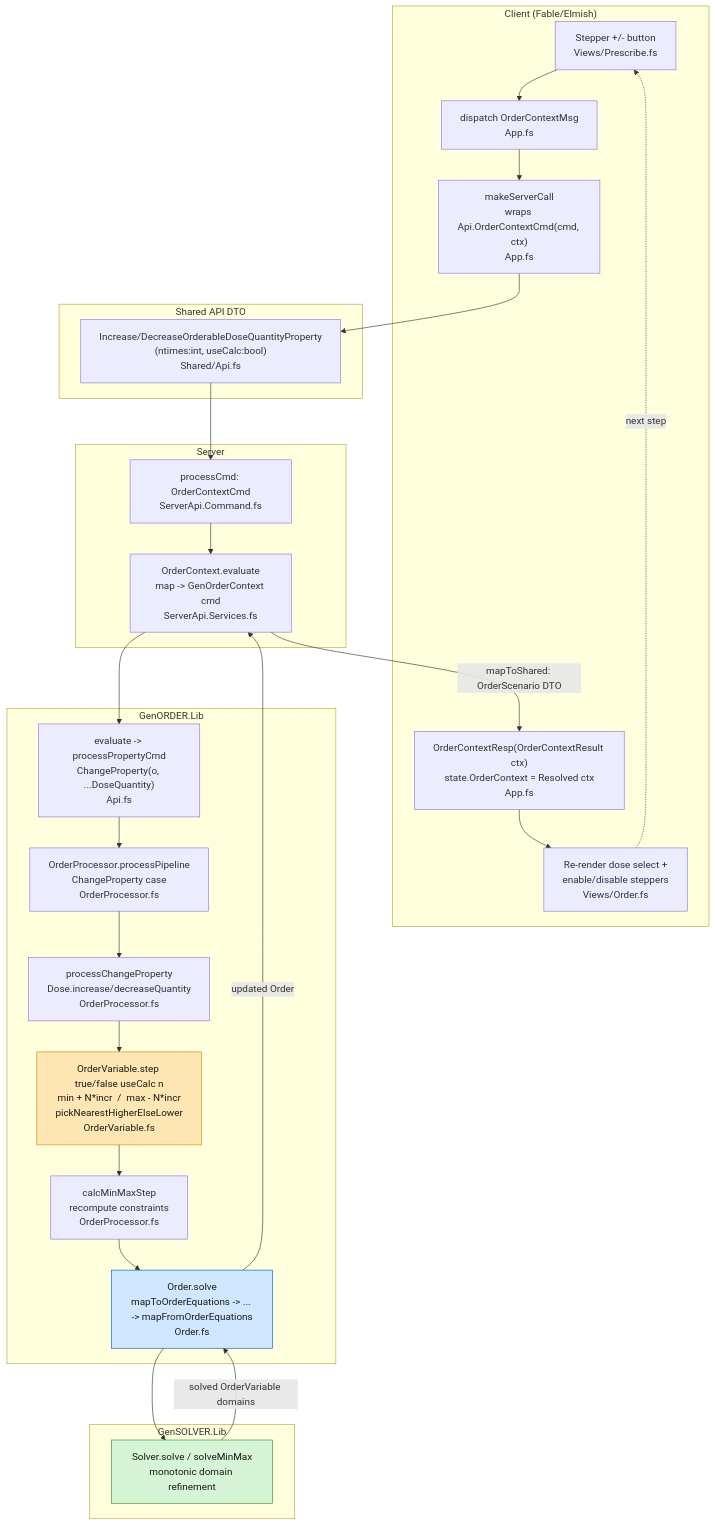
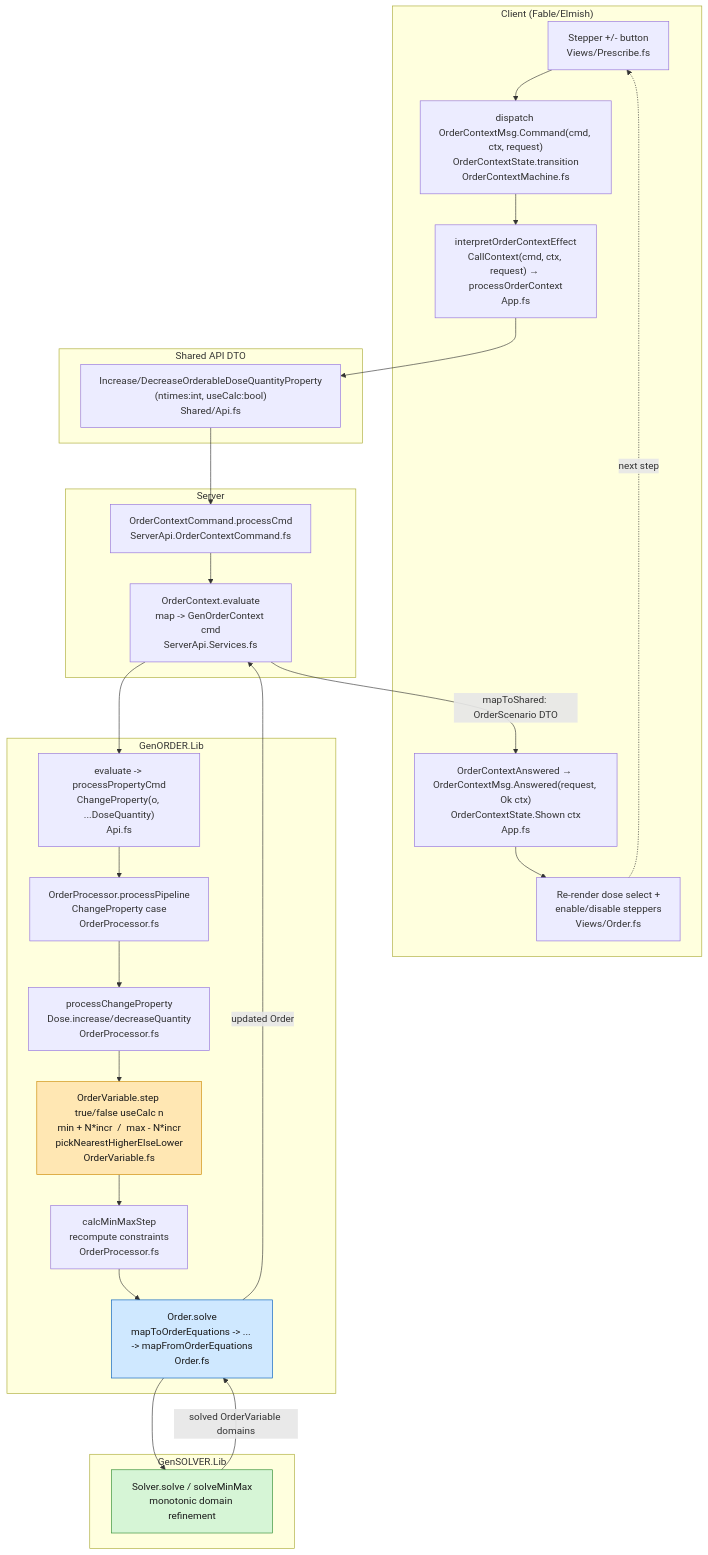
The first of 2 diagrams in docs/domain/dose-quantity-stepping-flow.md (informedica/GenPRES), drawn with Mermaid before and after one commit. The commit also changed 3 other files, not shown here.

````diff
--- a/docs/domain/dose-quantity-stepping-flow.md
+++ b/docs/domain/dose-quantity-stepping-flow.md
@@ -7,43 +7,43 @@
 ```mermaid
 flowchart TD
     subgraph CLIENT["Client (Fable/Elmish)"]
         UI["Stepper +/- button<br/>Views/Prescribe.fs"]
-        MSG["dispatch OrderContextMsg<br/>App.fs"]
-        CALL["makeServerCall<br/>wraps Api.OrderContextCmd(cmd, ctx)<br/>App.fs"]
-        RESP["OrderContextResp(OrderContextResult ctx)<br/>state.OrderContext = Resolved ctx<br/>App.fs"]
+        MSG["dispatch OrderContextMsg.Command(cmd, ctx, request)<br/>OrderContextState.transition<br/>OrderContextMachine.fs"]
+        CALL["interpretOrderContextEffect<br/>CallContext(cmd, ctx, request) → processOrderContext<br/>App.fs"]
+        RESP["OrderContextAnswered → OrderContextMsg.Answered(request, Ok ctx)<br/>OrderContextState.Shown ctx<br/>App.fs"]
         RENDER["Re-render dose select +<br/>enable/disable steppers<br/>Views/Order.fs"]
     end
 
     subgraph SHARED["Shared API DTO"]
         CMD["Increase/DecreaseOrderableDoseQuantityProperty<br/>(ntimes:int, useCalc:bool)<br/>Shared/Api.fs"]
     end
 
     subgraph SERVER["Server"]
-        SCMD["processCmd: OrderContextCmd<br/>ServerApi.Command.fs"]
+        SCMD["OrderContextCommand.processCmd<br/>ServerApi.OrderContextCommand.fs"]
         SEVAL["OrderContext.evaluate<br/>map -> GenOrderContext cmd<br/>ServerApi.Services.fs"]
     end
 
     subgraph GENORDER["GenORDER.Lib"]
         GEVAL["evaluate -> processPropertyCmd<br/>ChangeProperty(o, ...DoseQuantity)<br/>Api.fs"]
         PIPE["OrderProcessor.processPipeline<br/>ChangeProperty case<br/>OrderProcessor.fs"]
         PCHANGE["processChangeProperty<br/>Dose.increase/decreaseQuantity<br/>OrderProcessor.fs"]
         STEP["OrderVariable.step true/false useCalc n<br/>min + N*incr  /  max - N*incr<br/>pickNearestHigherElseLower<br/>OrderVariable.fs"]
         CALCMM["calcMinMaxStep<br/>recompute constraints<br/>OrderProcessor.fs"]
         SOLVE["Order.solve<br/>mapToOrderEquations -> ... -> mapFromOrderEquations<br/>Order.fs"]
     end
 
     subgraph SOLVER["GenSOLVER.Lib"]
         GS["Solver.solve / solveMinMax<br/>monotonic domain refinement"]
     end
 
     UI --> MSG --> CALL --> CMD --> SCMD --> SEVAL --> GEVAL --> PIPE --> PCHANGE --> STEP --> CALCMM --> SOLVE --> GS
     GS -->|solved OrderVariable domains| SOLVE
     SOLVE -->|updated Order| SEVAL
     SEVAL -->|mapToShared: OrderScenario DTO| RESP
     RESP --> RENDER
     RENDER -.->|next step| UI
 
     style STEP fill:#ffe7b3,stroke:#cc8800,color:#1a1a1a
     style SOLVE fill:#cfe8ff,stroke:#005bbb,color:#1a1a1a
     style GS fill:#d6f5d6,stroke:#2e8b2e,color:#1a1a1a
 ```
````
